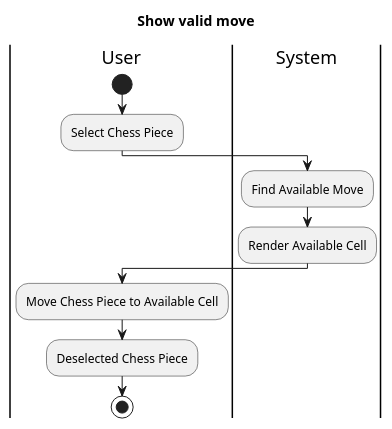
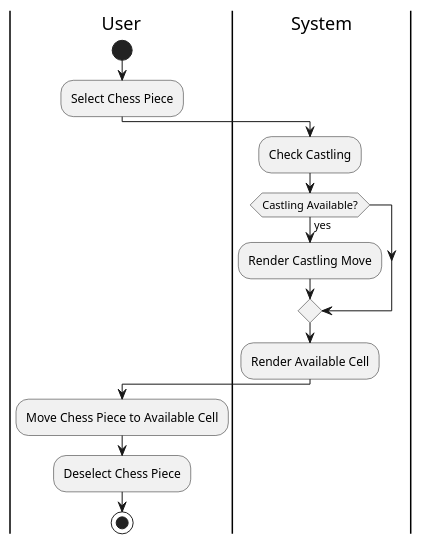
Before and after one commit to duyhq-zee1/chess-game: the diagram in activity/move a chess/show-valid-move.puml, drawn with PlantUML. The commit also changed 1 other file, not shown here.

Commit message:
doc: update show valid move, check move - add check Castling

```diff
--- a/activity/move a chess/show-valid-move.puml
+++ b/activity/move a chess/show-valid-move.puml
@@ -1,16 +1,17 @@
-@startuml "Activity diagram"
-title "Show valid move"
 |User|
 start
 :Select Chess Piece;
 
 |System|
-:Find Available Move;
+:Check Castling;
+if (Castling Available?) then (yes)
+  :Render Castling Move;
+endif
 :Render Available Cell;
 
 |User|
 :Move Chess Piece to Available Cell;
-:Deselected Chess Piece;
+:Deselect Chess Piece;
 stop
 
 @enduml
```
